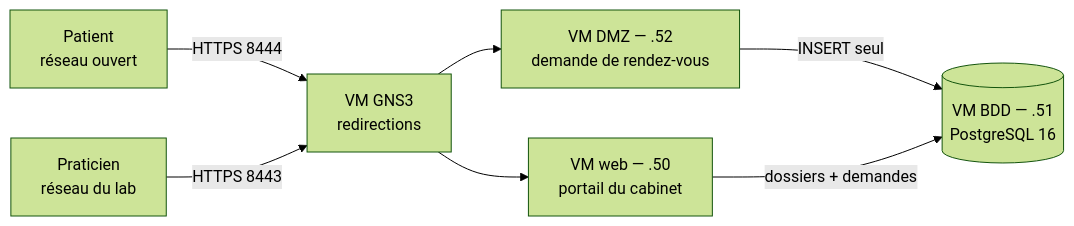
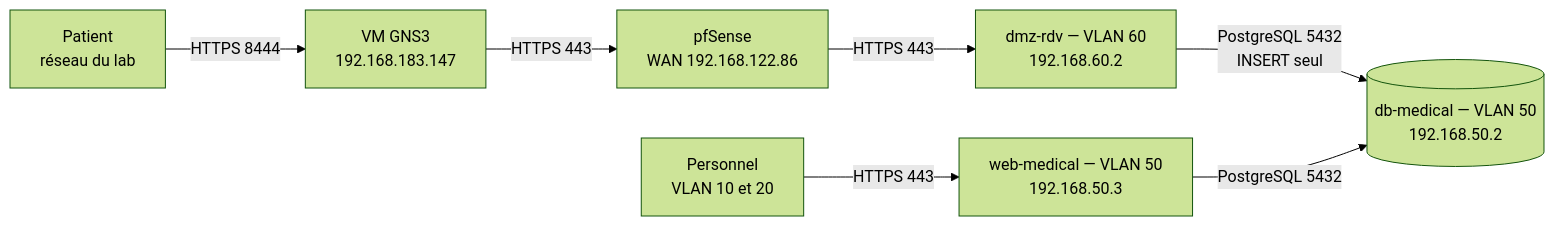
Before and after one commit to mchx-cs/final_project_jedha: the diagram in README.md, drawn with Mermaid (forest theme). The commit also changed other lines of this file and 1 other file, not shown here.

First line of the commit message:
README : infrastructure VLAN, flux pfSense, services de demarrage et limites connues

````diff
--- a/README.md
+++ b/README.md
@@ -9,9 +9,9 @@
 ```mermaid
 flowchart LR
-    PA["Patient<br/>réseau ouvert"] -->|HTTPS 8444| G["VM GNS3<br/>redirections"]
-    PR["Praticien<br/>réseau du lab"] -->|HTTPS 8443| G
-    G --> B["VM DMZ — .52<br/>demande de rendez-vous"]
-    G --> W["VM web — .50<br/>portail du cabinet"]
-    B -->|INSERT seul| D[("VM BDD — .51<br/>PostgreSQL 16")]
-    W -->|dossiers + demandes| D
+    PA["Patient<br/>réseau du lab"] -->|HTTPS 8444| G["VM GNS3<br/>192.168.183.147"]
+    G -->|HTTPS 443| F["pfSense<br/>WAN 192.168.122.86"]
+    F -->|HTTPS 443| B["dmz-rdv — VLAN 60<br/>192.168.60.2"]
+    PR["Personnel<br/>VLAN 10 et 20"] -->|HTTPS 443| W["web-medical — VLAN 50<br/>192.168.50.3"]
+    B -->|PostgreSQL 5432<br/>INSERT seul| D[("db-medical — VLAN 50<br/>192.168.50.2")]
+    W -->|PostgreSQL 5432| D
 ```
````
